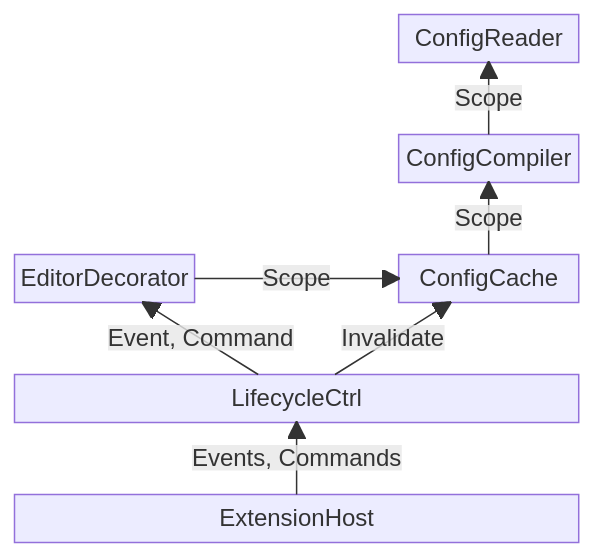
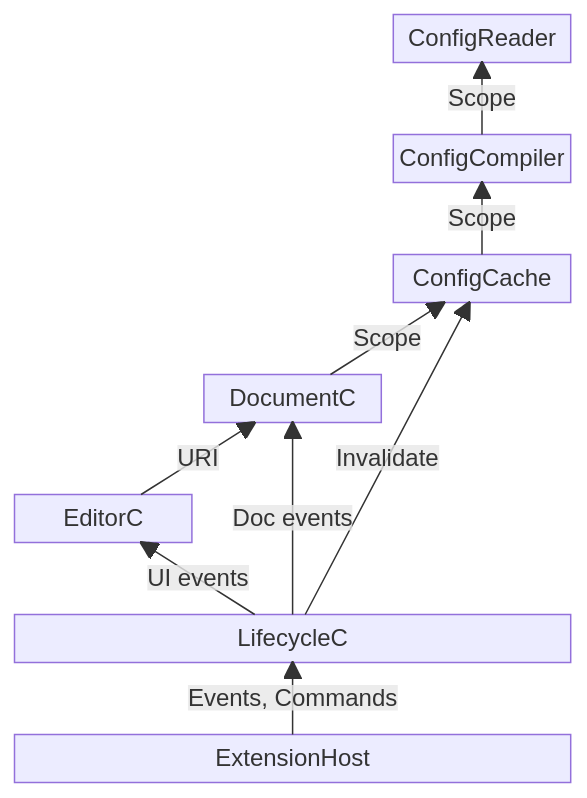
One commit to ufukty/dim changed the diagram in diagrams/structure.mmd. Above: the diagram before and after it, drawn with Mermaid. The commit also changed 1 other file, not shown here.

Commit message:
diagrams/structure.mmd: changes to reflect the split of the editor decorator into document and editor controllers.

```diff
--- a/diagrams/structure.mmd
+++ b/diagrams/structure.mmd
@@ -1,20 +1,26 @@
 block
 
 columns 3
 
 space:2 ConfigReader
 space:3
 space:2 ConfigCompiler
 space:3
-EditorDecorator space ConfigCache
+space:2 ConfigCache
 space:3
-LifecycleCtrl:3
+space DocumentC space
+space:3
+EditorC space:2 
+space:3
+LifecycleC:3
 space:3
 ExtensionHost:3
 
 ConfigCompiler--"Scope"-->ConfigReader
 ConfigCache--"Scope"-->ConfigCompiler
-LifecycleCtrl--"Invalidate"-->ConfigCache
-LifecycleCtrl--"Event, Command"-->EditorDecorator
-ExtensionHost--"Events, Commands"-->LifecycleCtrl
-EditorDecorator--"Scope"-->ConfigCache
+LifecycleC--"Invalidate"-->ConfigCache
+LifecycleC--"Doc events"-->DocumentC
+LifecycleC--"UI events"-->EditorC
+ExtensionHost--"Events, Commands"-->LifecycleC
+EditorC--"URI"-->DocumentC
+DocumentC--"Scope"-->ConfigCache
```
